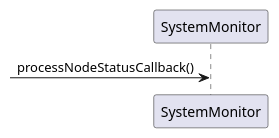
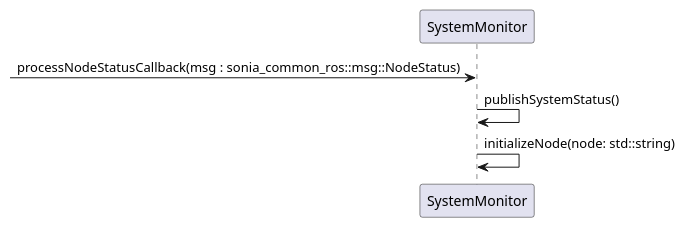
Before and after one commit to sonia-auv/sonia_deploy: the diagram in doc/SequenceDiagram.wsd, drawn with PlantUML. The commit also changed 2 other files, not shown here.

```diff
--- a/doc/SequenceDiagram.wsd
+++ b/doc/SequenceDiagram.wsd
@@ -1,8 +1,9 @@
 @startuml template
 
 participant SystemMonitor as sys
 
--> sys : processNodeStatusCallback()
-
+-> sys : processNodeStatusCallback(msg : sonia_common_ros::msg::NodeStatus)
+sys -> sys : publishSystemStatus()
+sys -> sys : initializeNode(node: std::string)
 
 @enduml
```
